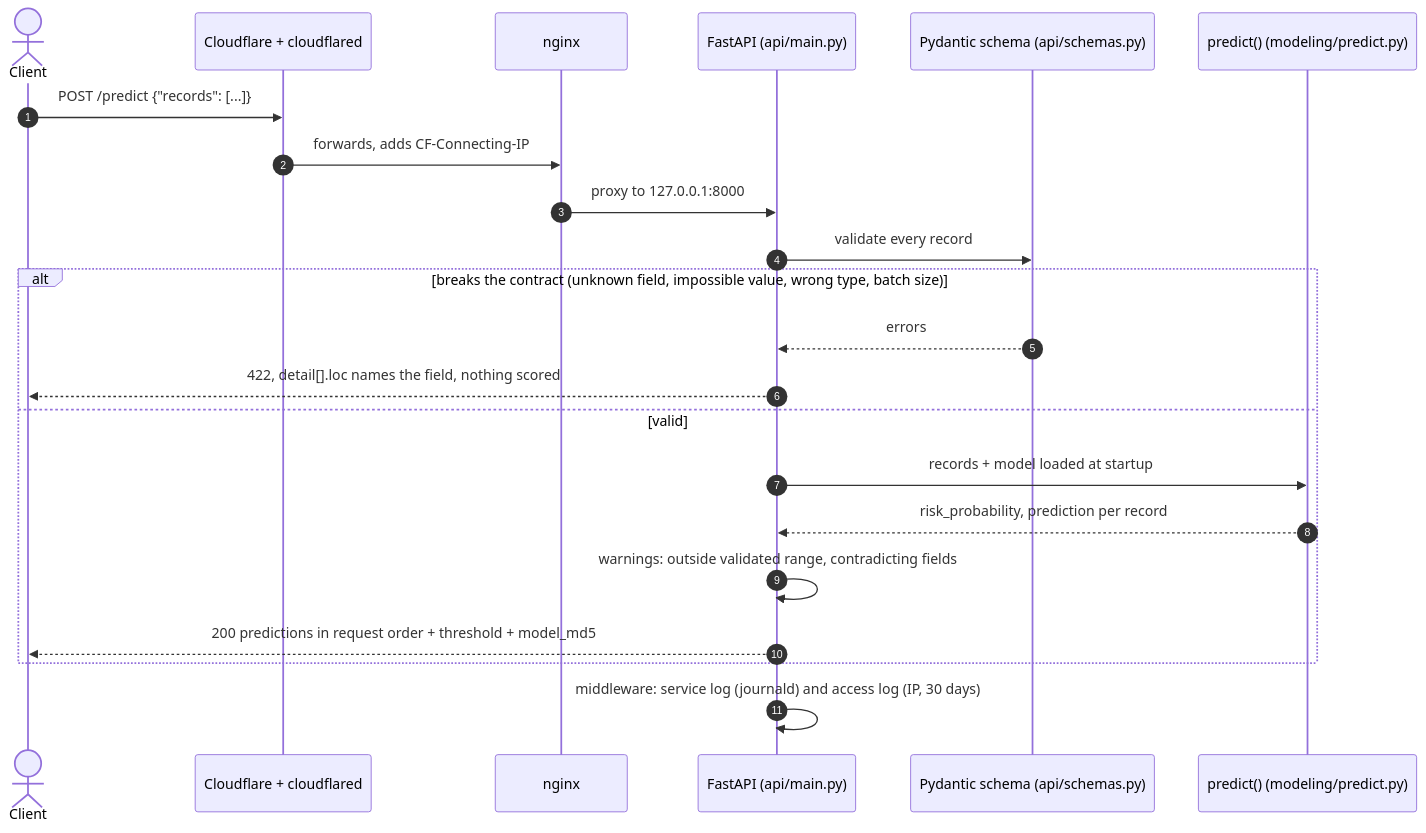
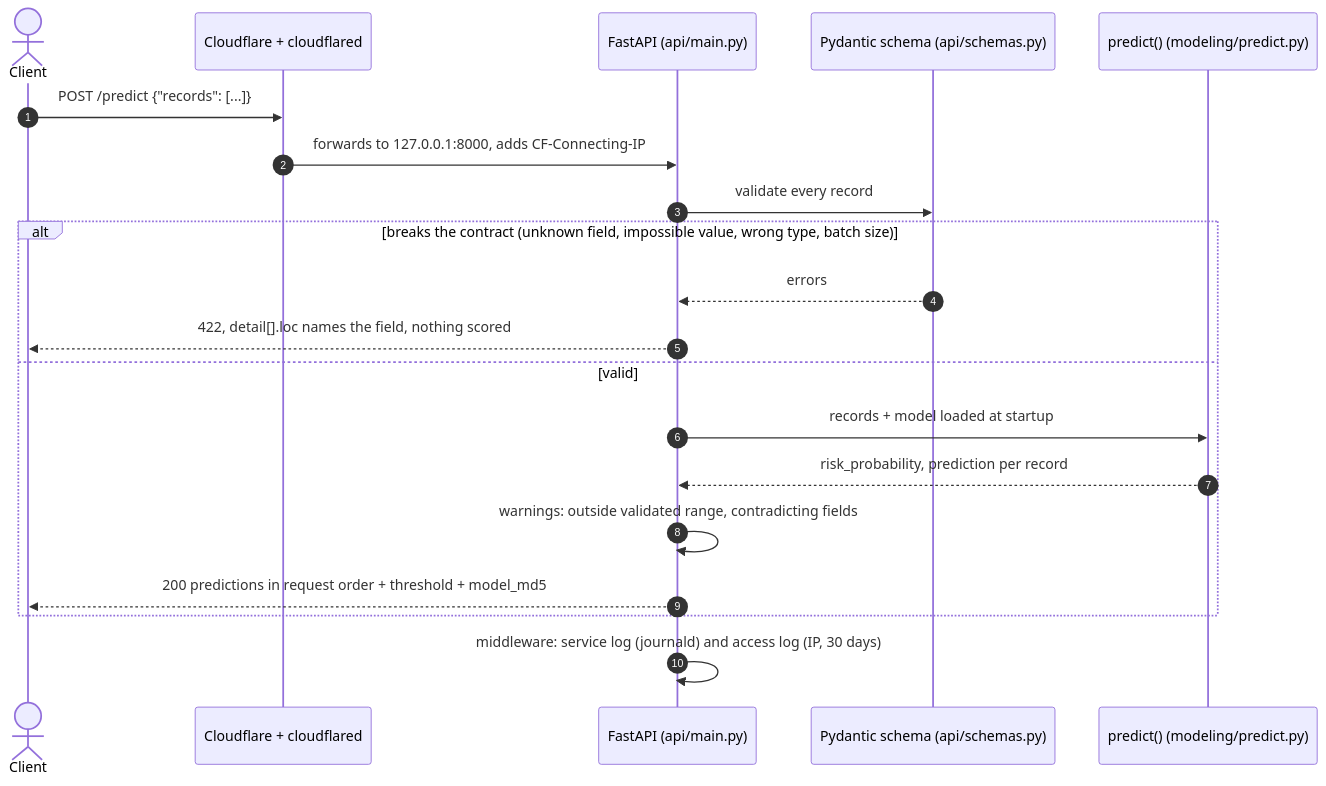
One commit to taed2-2627q1-gced-upc/taed2-astra changed the second of 2 diagrams in docs/system_design.md. Above: the diagram before and after it, drawn with Mermaid. The commit also changed other lines of this file and 8 other files, not shown here.

````diff
--- a/docs/system_design.md
+++ b/docs/system_design.md
@@ -77,25 +79,23 @@
 ```mermaid
 sequenceDiagram
     autonumber
     actor C as Client
     participant CF as Cloudflare + cloudflared
-    participant N as nginx
     participant A as FastAPI (api/main.py)
     participant S as Pydantic schema (api/schemas.py)
     participant P as predict() (modeling/predict.py)
 
     C->>CF: POST /predict {"records": [...]}
-    CF->>N: forwards, adds CF-Connecting-IP
-    N->>A: proxy to 127.0.0.1:8000
+    CF->>A: forwards to 127.0.0.1:8000, adds CF-Connecting-IP
     A->>S: validate every record
     alt breaks the contract (unknown field, impossible value, wrong type, batch size)
         S-->>A: errors
         A-->>C: 422, detail[].loc names the field, nothing scored
     else valid
         A->>P: records + model loaded at startup
         P-->>A: risk_probability, prediction per record
         A->>A: warnings: outside validated range, contradicting fields
         A-->>C: 200 predictions in request order + threshold + model_md5
     end
     A->>A: middleware: service log (journald) and access log (IP, 30 days)
 ```
````
